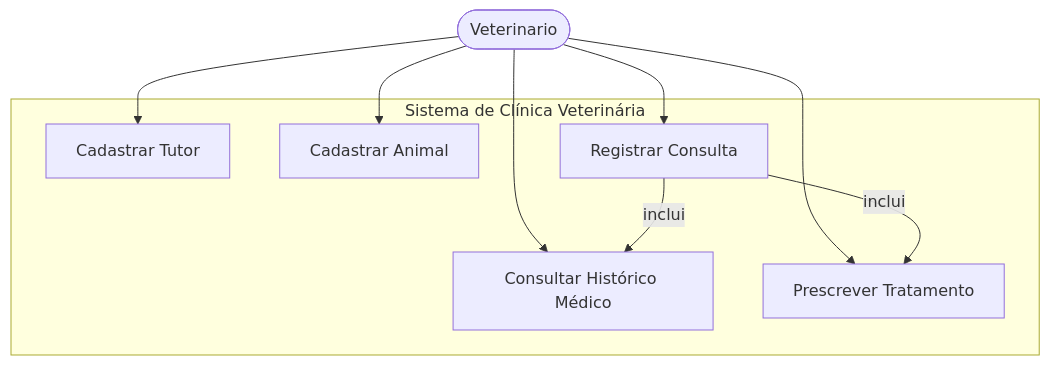
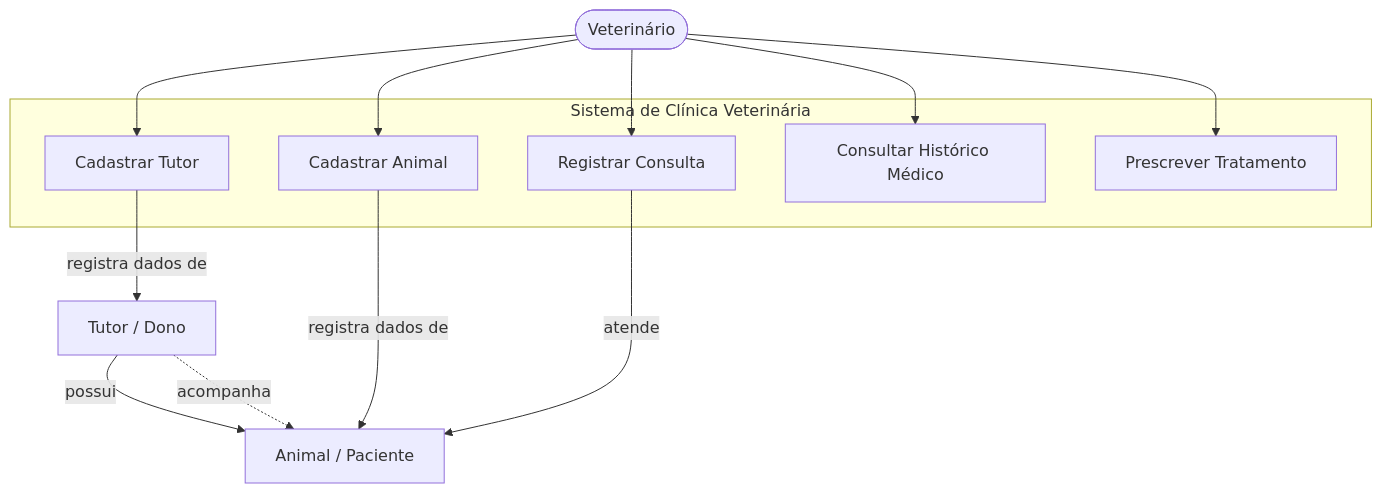
The first of 2 diagrams in README.md (gabrielassuncao04/Desenvolvimento_ClinicaVet_2026), drawn with Mermaid before and after one commit.

````diff
--- a/README.md
+++ b/README.md
@@ -12,24 +12,30 @@
 ```mermaid
 flowchart TD
-    %% Estilização e Definição de Atores e Casos de Uso
-    Vet([Veterinario])
+    %% Atores e Entidades
+    Vet([Veterinário])
+    Tutor[Tutor / Dono]
+    Animal[Animal / Paciente]
 
+    %% Sistema
     subgraph Sistema ["Sistema de Clínica Veterinária"]
         UC1[Cadastrar Tutor]
         UC2[Cadastrar Animal]
         UC3[Registrar Consulta]
         UC4[Consultar Histórico Médico]
         UC5[Prescrever Tratamento]
     end
 
-    %% Conexões do Ator com as Funcionalidades
+    %% Interações do Veterinário com o Sistema
     Vet --> UC1
     Vet --> UC2
     Vet --> UC3
     Vet --> UC4
     Vet --> UC5
 
-    %% Relações lógicas entre os casos de uso
-    UC3 -->|inclui| UC4
-    UC3 -->|inclui| UC5
+    %% Relações das Entidades com o Sistema e entre si
+    Tutor -->|possui| Animal
+    UC1 -->|registra dados de| Tutor
+    UC2 -->|registra dados de| Animal
+    UC3 -->|atende| Animal
+    Tutor -.->|acompanha| Animal
 ```
````
